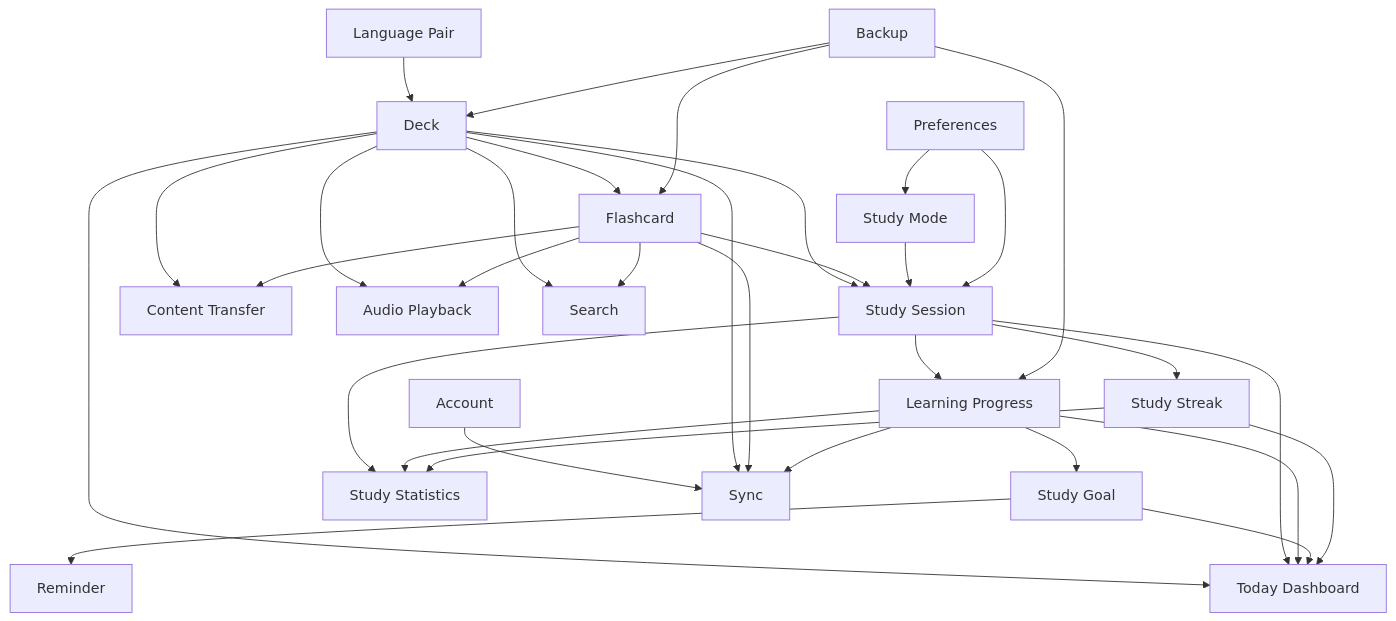
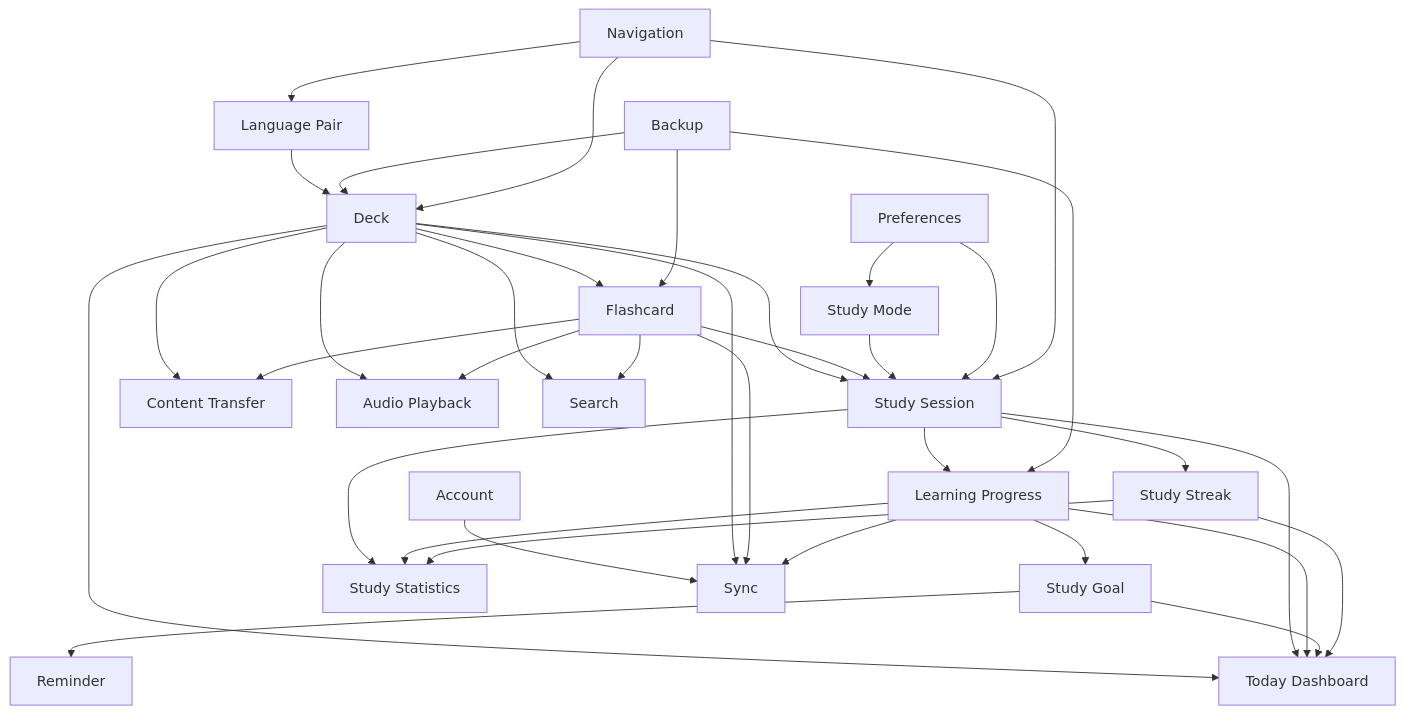
The diagram in docs/business/README.md (ntgptit/memox-v6), drawn with Mermaid before and after one commit. The commit also changed other lines of this file and 124 other files, not shown here.

````diff
--- a/docs/business/README.md
+++ b/docs/business/README.md
@@ -34,35 +52,38 @@
 ```mermaid
 flowchart TD
     LP["Language Pair"] --> D["Deck"]
     D --> C["Flashcard"]
     D --> SS["Study Session"]
     C --> SS
     SS --> PR["Learning Progress"]
     SM["Study Mode"] --> SS
     PR --> SG["Study Goal"]
     SS --> ST["Study Streak"]
     SG --> R["Reminder"]
     P["Preferences"] --> SS
     P --> SM
     D --> CT["Content Transfer"]
     C --> CT
     D --> AP["Audio Playback"]
     C --> AP
     SS --> STAT["Study Statistics"]
     PR --> STAT
     ST --> STAT
     D --> SEA["Search"]
     C --> SEA
     D --> TD["Today Dashboard"]
     SS --> TD
     PR --> TD
     SG --> TD
     ST --> TD
     A["Account"] --> SY["Sync"]
     D --> SY
     C --> SY
     PR --> SY
     B["Backup"] --> D
     B --> C
     B --> PR
+    NAV["Navigation"] --> LP
+    NAV --> D
+    NAV --> SS
 ```
````
